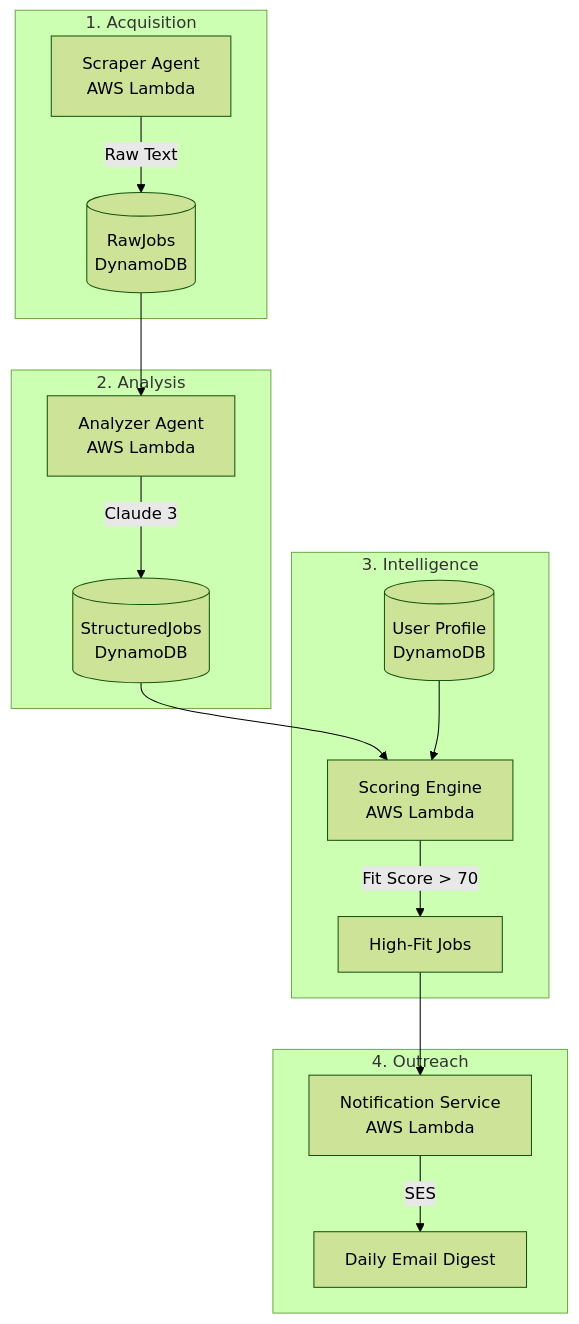
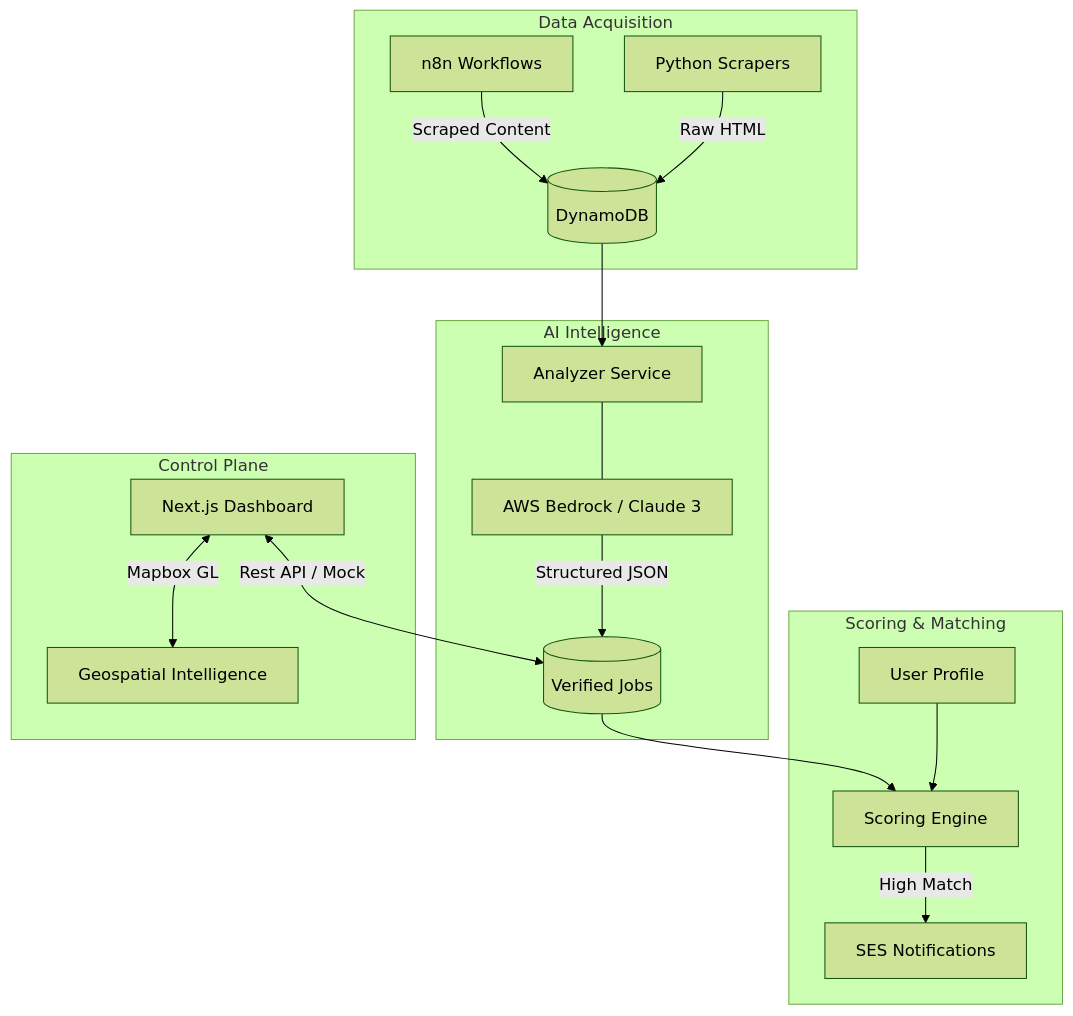
Before and after one commit to AmoreGiTs/JobSearch: the diagram in README.md, drawn with Mermaid (forest theme). The commit also changed other lines of this file and 1 other file, not shown here.

````diff
--- a/README.md
+++ b/README.md
@@ -9,22 +9,24 @@
 ```mermaid
-flowchart TD
-    subgraph "1. Acquisition"
-        A[Scraper Agent<br/>AWS Lambda] -->|Raw Text| B[(RawJobs<br/>DynamoDB)]
+graph TD
+    subgraph "Data Acquisition"
+        A1[n8n Workflows] -->|Scraped Content| B[(DynamoDB)]
+        A2[Python Scrapers] -->|Raw HTML| B
     end
 
-    subgraph "2. Analysis"
-        B --> C[Analyzer Agent<br/>AWS Lambda]
-        C -- Claude 3 --> D[(StructuredJobs<br/>DynamoDB)]
+    subgraph "AI Intelligence"
+        B --> C[Analyzer Service]
+        C --- C1[AWS Bedrock / Claude 3]
+        C1 -->|Structured JSON| D[(Verified Jobs)]
     end
 
-    subgraph "3. Intelligence"
-        D --> E[Scoring Engine<br/>AWS Lambda]
-        F[(User Profile<br/>DynamoDB)] --> E
-        E -->|Fit Score > 70| G[High-Fit Jobs]
+    subgraph "Scoring & Matching"
+        D --> E[Scoring Engine]
+        U[User Profile] --> E
+        E -->|High Match| F[SES Notifications]
     end
 
-    subgraph "4. Outreach"
-        G --> H[Notification Service<br/>AWS Lambda]
-        H -- SES --> I[Daily Email Digest]
+    subgraph "Control Plane"
+        CP[Next.js Dashboard] <-->|Rest API / Mock| D
+        CP <-->|Mapbox GL| G[Geospatial Intelligence]
     end
 ```
````
